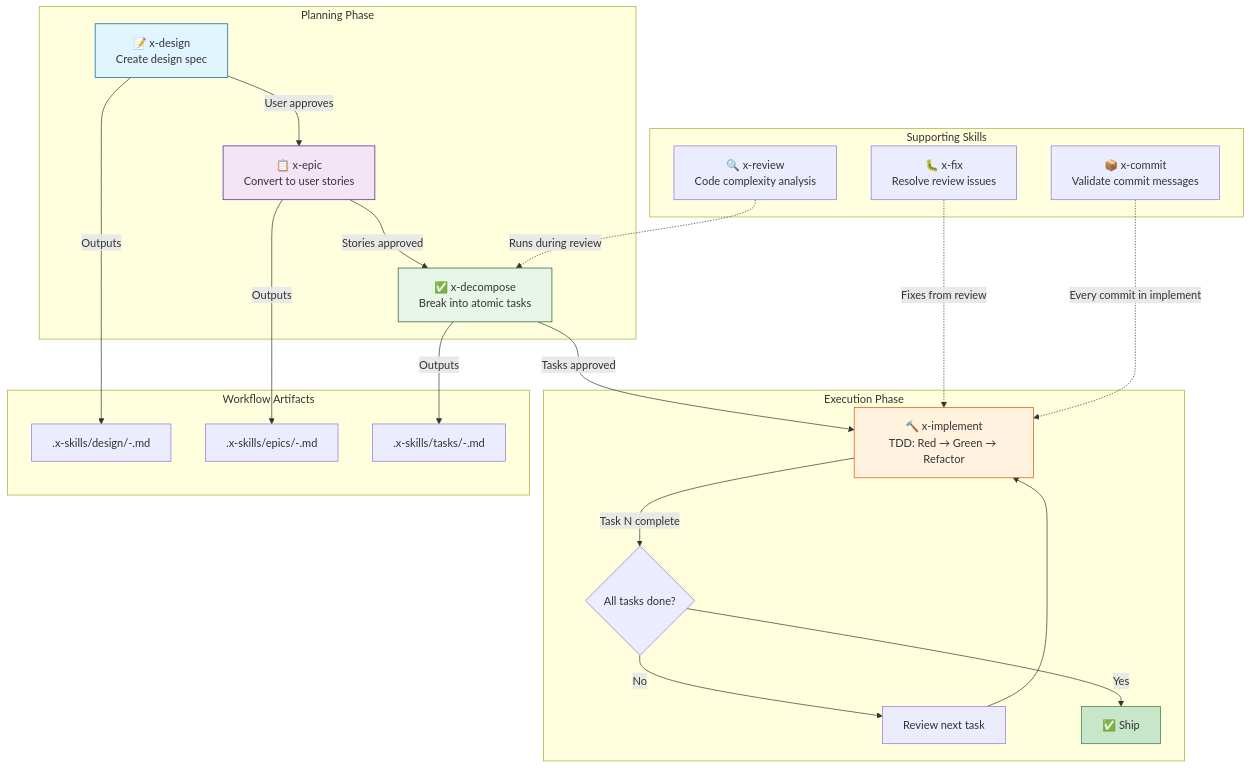
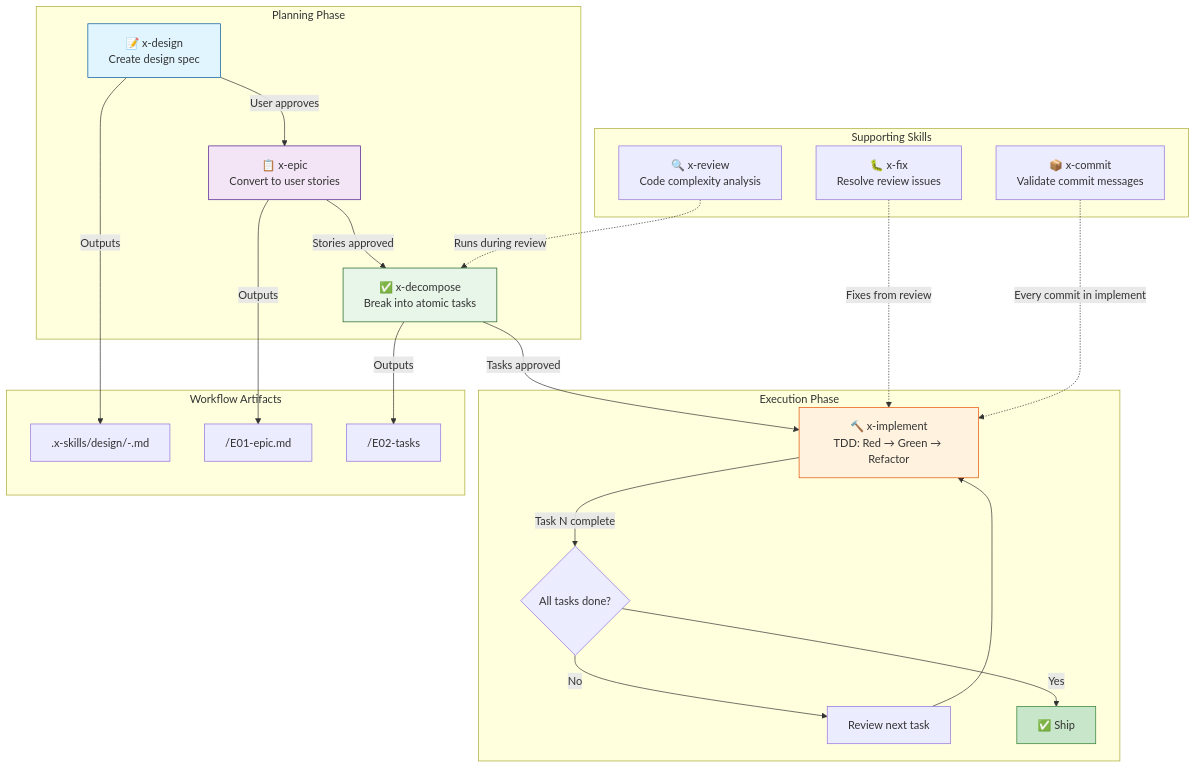
Before and after one commit to lleqsnoom/xskills: the diagram in docs/workflow-diagram.mmd, drawn with Mermaid. The commit also changed 2 other files, not shown here.

Commit message:
docs: describe the one-folder-per-run artifact layout

```diff
--- a/docs/workflow-diagram.mmd
+++ b/docs/workflow-diagram.mmd
@@ -1,31 +1,31 @@
 graph TD
     subgraph "Planning Phase"
         A["📝 x-design<br/>Create design spec"] -->|"User approves"| B["📋 x-epic<br/>Convert to user stories"]
         B -->|"Stories approved"| C["✅ x-decompose<br/>Break into atomic tasks"]
     end
 
     subgraph "Execution Phase"
         C -->|"Tasks approved"| D["🔨 x-implement<br/>TDD: Red → Green → Refactor"]
         D -->|"Task N complete"| E{"All tasks done?"}
         E -->|"No"| F["Review next task"]
         F --> D
         E -->|"Yes"| G["✅ Ship"]
     end
 
     subgraph "Supporting Skills"
         H["🔍 x-review<br/>Code complexity analysis"] -.->|Runs during review| C
         I["🐛 x-fix<br/>Resolve review issues"] -.->|Fixes from review| D
         J["📦 x-commit<br/>Validate commit messages"] -.->|Every commit in implement| D
     end
 
     subgraph "Workflow Artifacts"
         A -->|"Outputs"| DA[".x-skills/design/<timestamp>-<topic>.md"]
-        B -->|"Outputs"| DB[".x-skills/epics/<timestamp>-<topic>.md"]
-        C -->|"Outputs"| DC[".x-skills/tasks/<timestamp>-<topic>.md"]
+        B -->|"Outputs"| DB["<runDir>/E01-epic.md"]
+        C -->|"Outputs"| DC["<runDir>/E02-tasks"]
     end
 
     style A fill:#e1f5fe,stroke:#01579b
     style B fill:#f3e5f5,stroke:#4a148c
     style C fill:#e8f5e9,stroke:#1b5e20
     style D fill:#fff3e0,stroke:#e65100
     style G fill:#c8e6c9,stroke:#2e7d32
```
